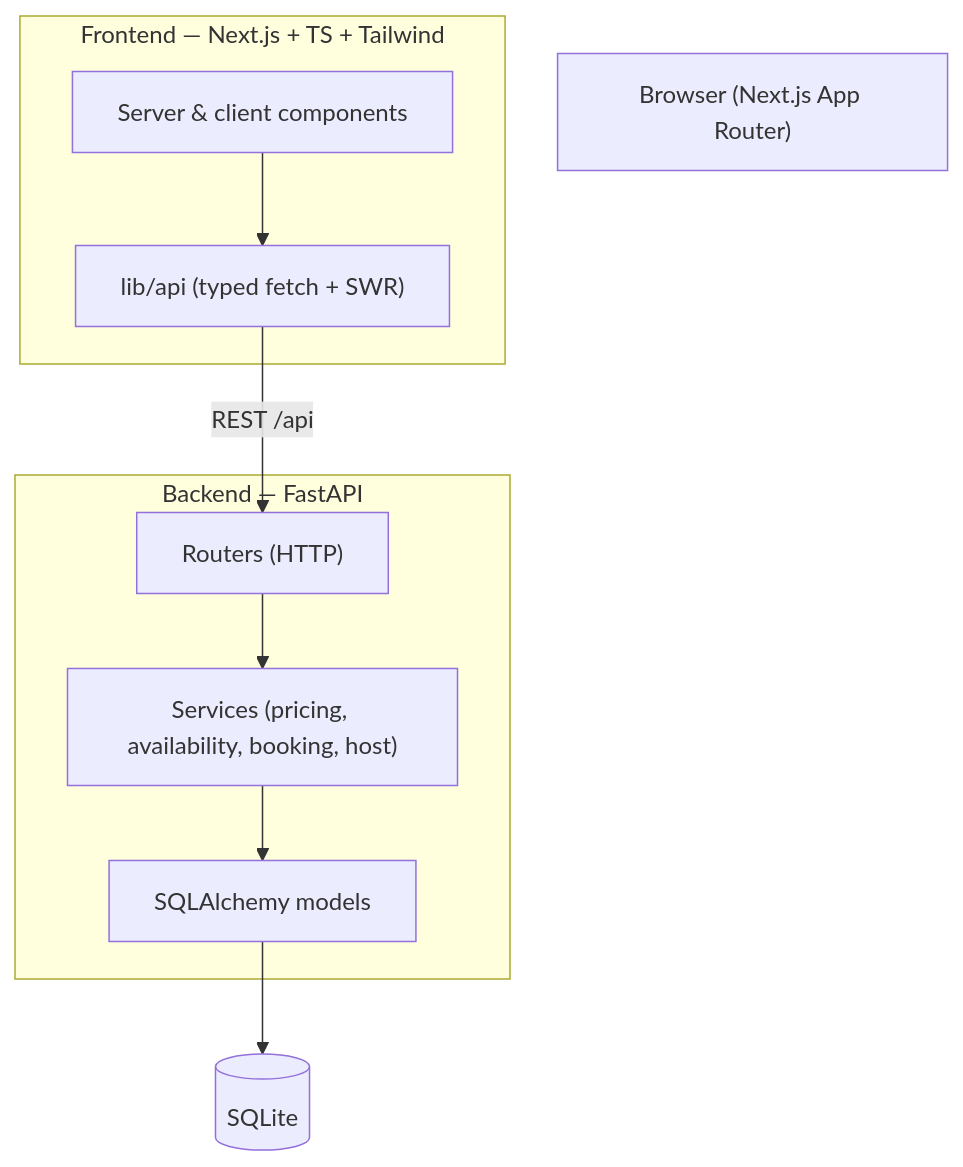
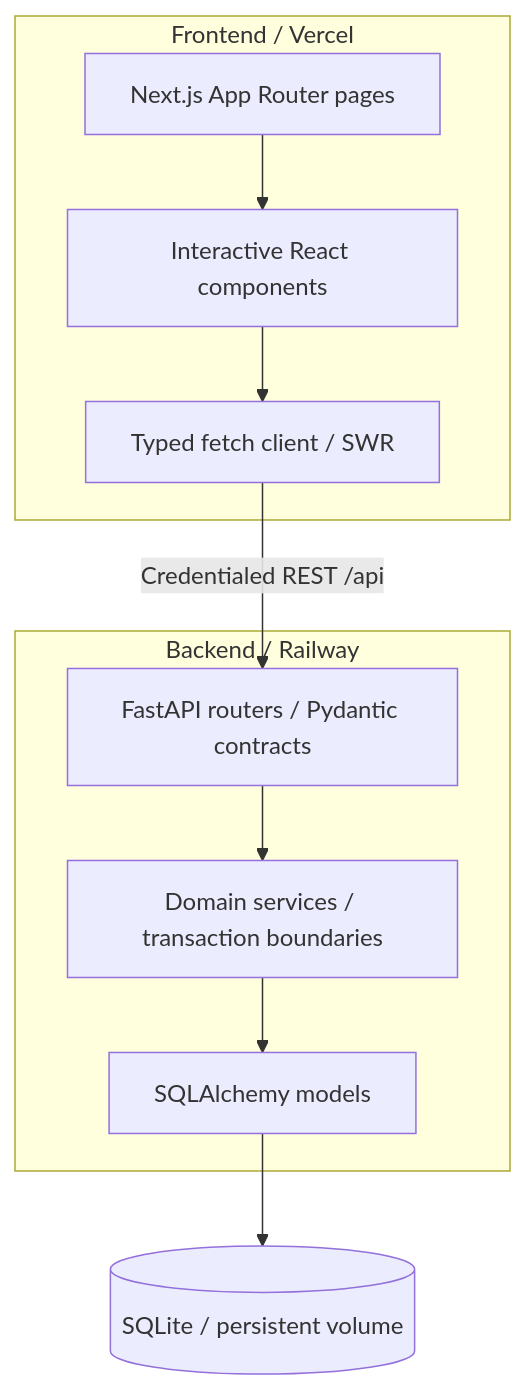
One commit to Apoorvan-A/StayFinder changed the second of 4 diagrams in README.md. Above: the diagram before and after it, drawn with Mermaid. The commit also changed other lines of this file and 8 other files, not shown here.

````diff
--- a/README.md
+++ b/README.md
@@ -81,15 +80,17 @@
 ```mermaid
-flowchart TD
-    Browser["Browser (Next.js App Router)"]
-    subgraph FE["Frontend — Next.js + TS + Tailwind"]
-        UI["Server & client components"]
-        Client["lib/api (typed fetch + SWR)"]
+flowchart TB
+    subgraph Frontend[Frontend / Vercel]
+        Pages[Next.js App Router pages]
+        UI[Interactive React components]
+        Client[Typed fetch client / SWR]
+        Pages --> UI --> Client
     end
-    subgraph BE["Backend — FastAPI"]
-        R["Routers (HTTP)"]
-        S["Services (pricing, availability, booking, host)"]
-        M["SQLAlchemy models"]
+    subgraph Backend[Backend / Railway]
+        Routers[FastAPI routers / Pydantic contracts]
+        Services[Domain services / transaction boundaries]
+        Models[SQLAlchemy models]
+        Routers --> Services --> Models
     end
-    DB[("SQLite")]
-    UI --> Client -->|REST /api| R --> S --> M --> DB
+    Client -->|Credentialed REST /api| Routers
+    Models --> DB[(SQLite / persistent volume)]
 ```
````
